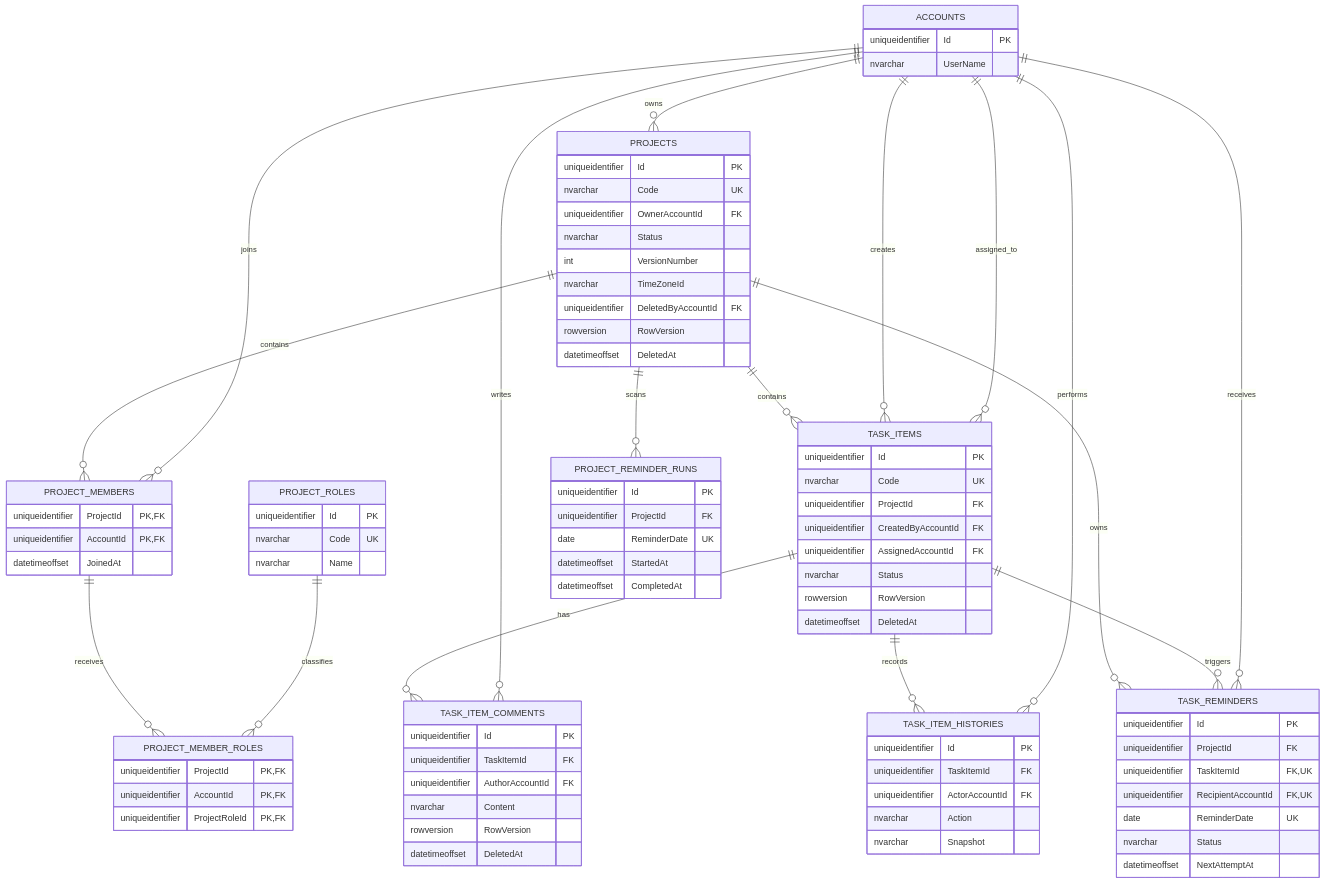
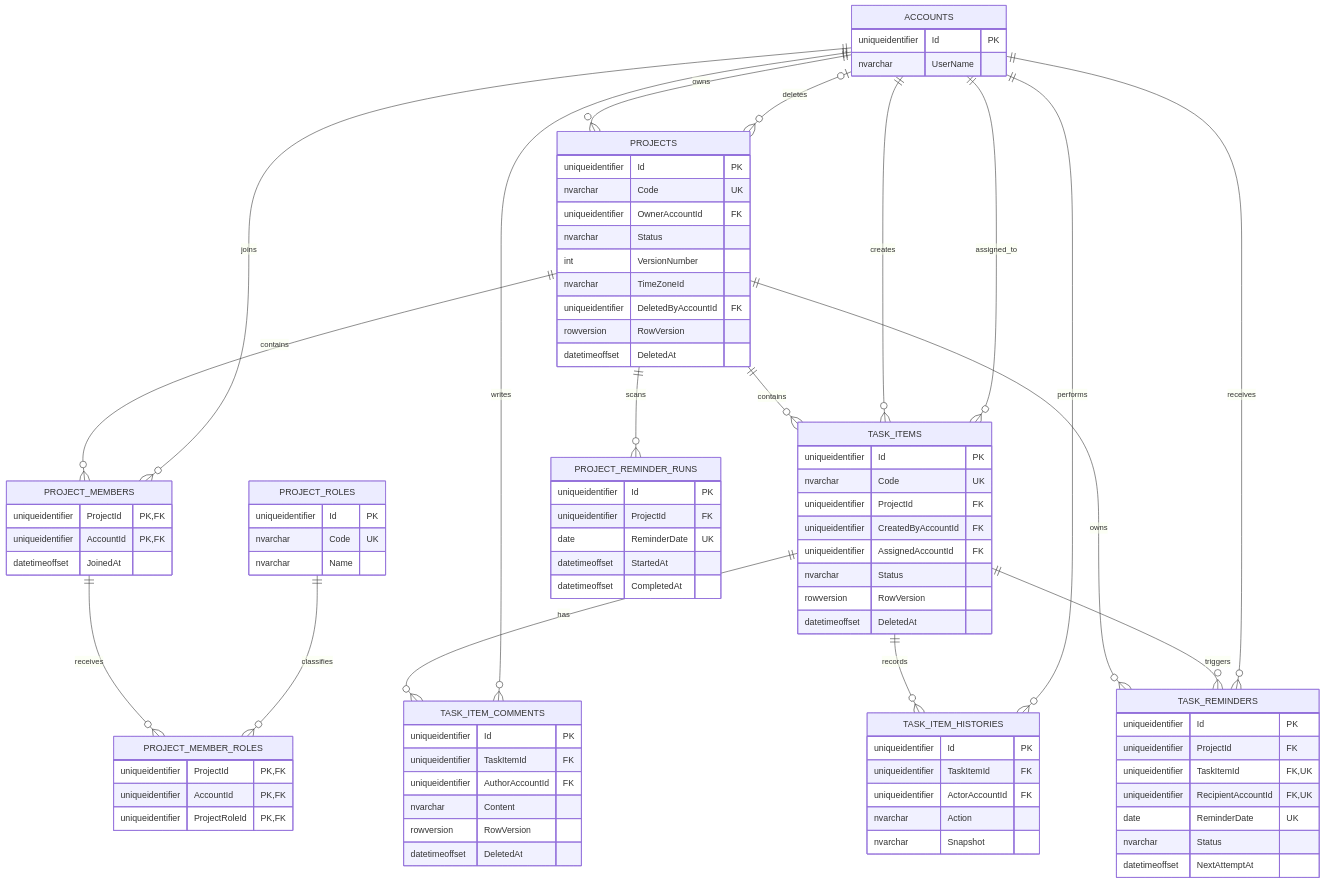
One commit to JJDing-Louis/ProjectManagementWeb_BackEnd changed the second of 3 diagrams in docs/E-R_Diagram.md. Above: the diagram before and after it, drawn with Mermaid. The commit also changed other lines of this file and 4 other files, not shown here.

```diff
--- a/docs/E-R_Diagram.md
+++ b/docs/E-R_Diagram.md
@@ -153,6 +153,7 @@
     }
 
     ACCOUNTS ||--o{ PROJECTS : owns
+    ACCOUNTS o|--o{ PROJECTS : deletes
     PROJECTS ||--o{ PROJECT_MEMBERS : contains
     ACCOUNTS ||--o{ PROJECT_MEMBERS : joins
     PROJECT_MEMBERS ||--o{ PROJECT_MEMBER_ROLES : receives
```
